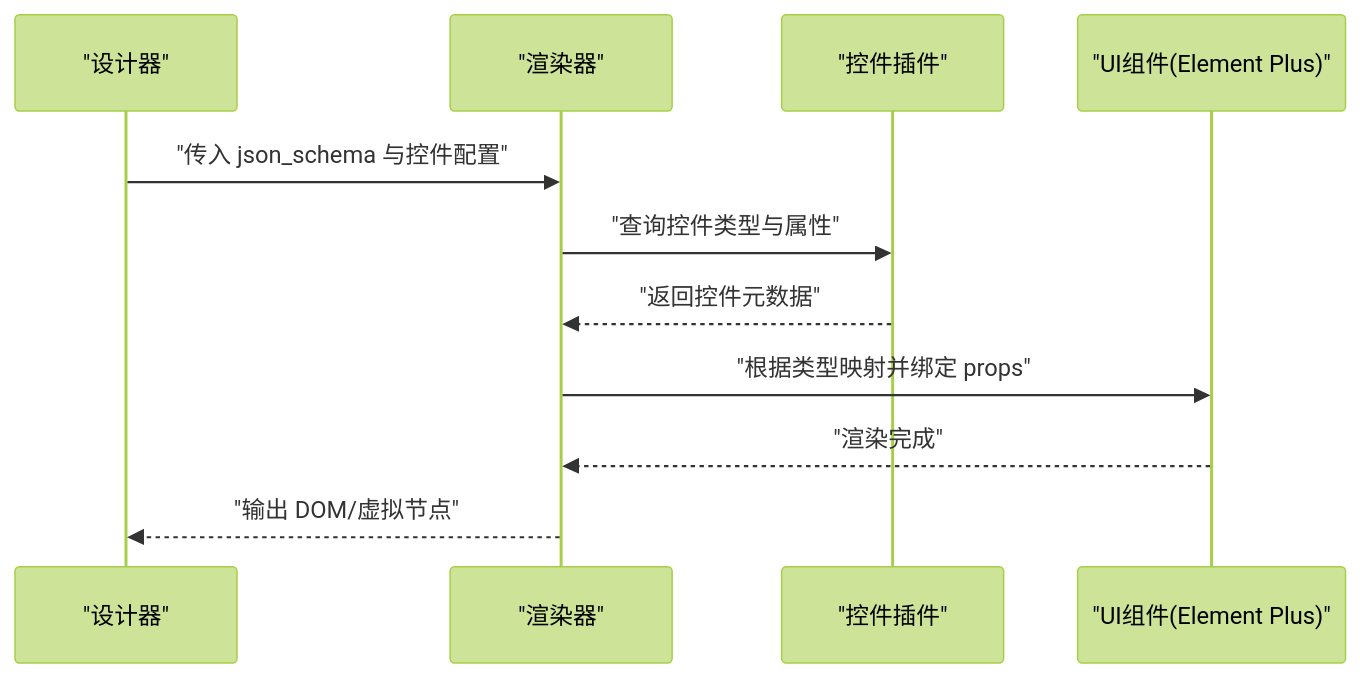
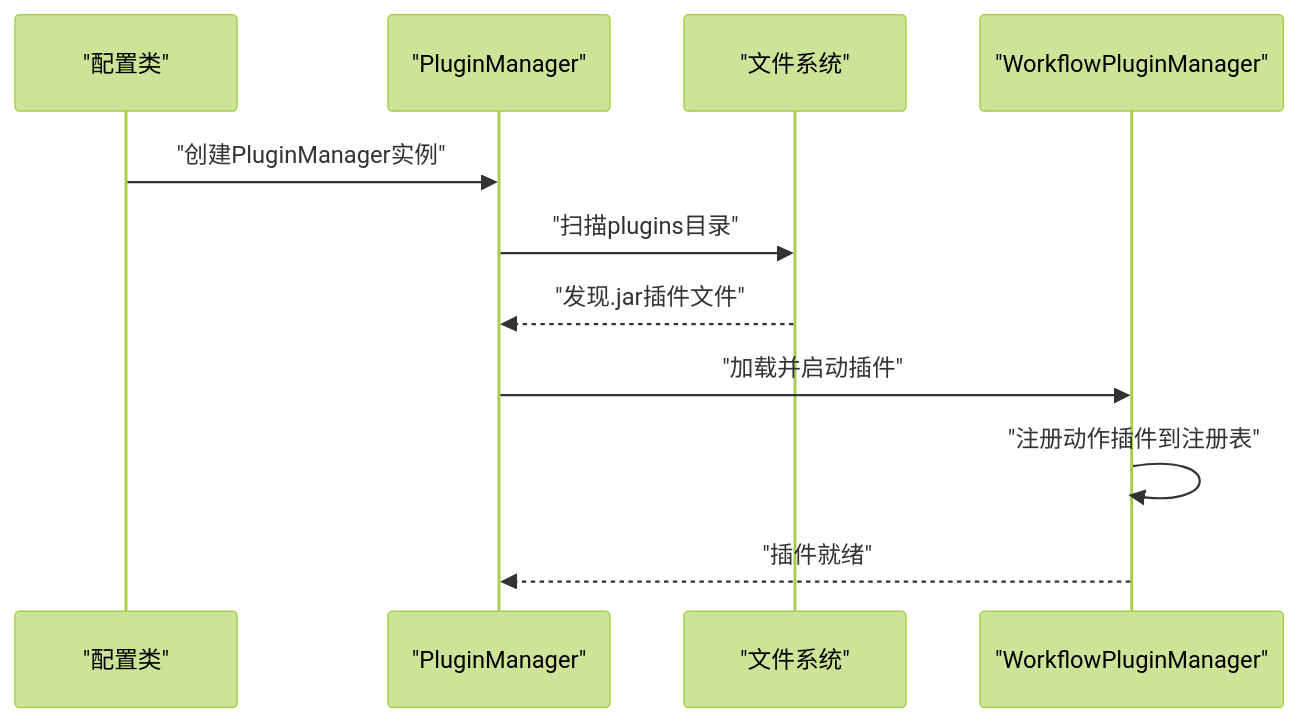
One commit to NJMrLi/genetics changed the third of 7 diagrams in .qoder/repowiki/zh/content/扩展开发/插件系统设计.md. Above: the diagram before and after it, drawn with Mermaid (forest theme). The commit also changed other lines of this file and 19 other files, not shown here.

````diff
--- a/.qoder/repowiki/zh/content/扩展开发/插件系统设计.md
+++ b/.qoder/repowiki/zh/content/扩展开发/插件系统设计.md
@@ -200,13 +145,13 @@
 ```mermaid
 sequenceDiagram
-participant Designer as "设计器"
-participant Renderer as "渲染器"
-participant Plugin as "控件插件"
-participant UI as "UI组件(Element Plus)"
-Designer->>Renderer : "传入 json_schema 与控件配置"
-Renderer->>Plugin : "查询控件类型与属性"
-Plugin-->>Renderer : "返回控件元数据"
-Renderer->>UI : "根据类型映射并绑定 props"
-UI-->>Renderer : "渲染完成"
-Renderer-->>Designer : "输出 DOM/虚拟节点"
+participant Config as "配置类"
+participant PM as "PluginManager"
+participant FS as "文件系统"
+participant Manager as "WorkflowPluginManager"
+Config->>PM : "创建PluginManager实例"
+PM->>FS : "扫描plugins目录"
+FS-->>PM : "发现.jar插件文件"
+PM->>Manager : "加载并启动插件"
+Manager->>Manager : "注册动作插件到注册表"
+Manager-->>PM : "插件就绪"
 ```
````
